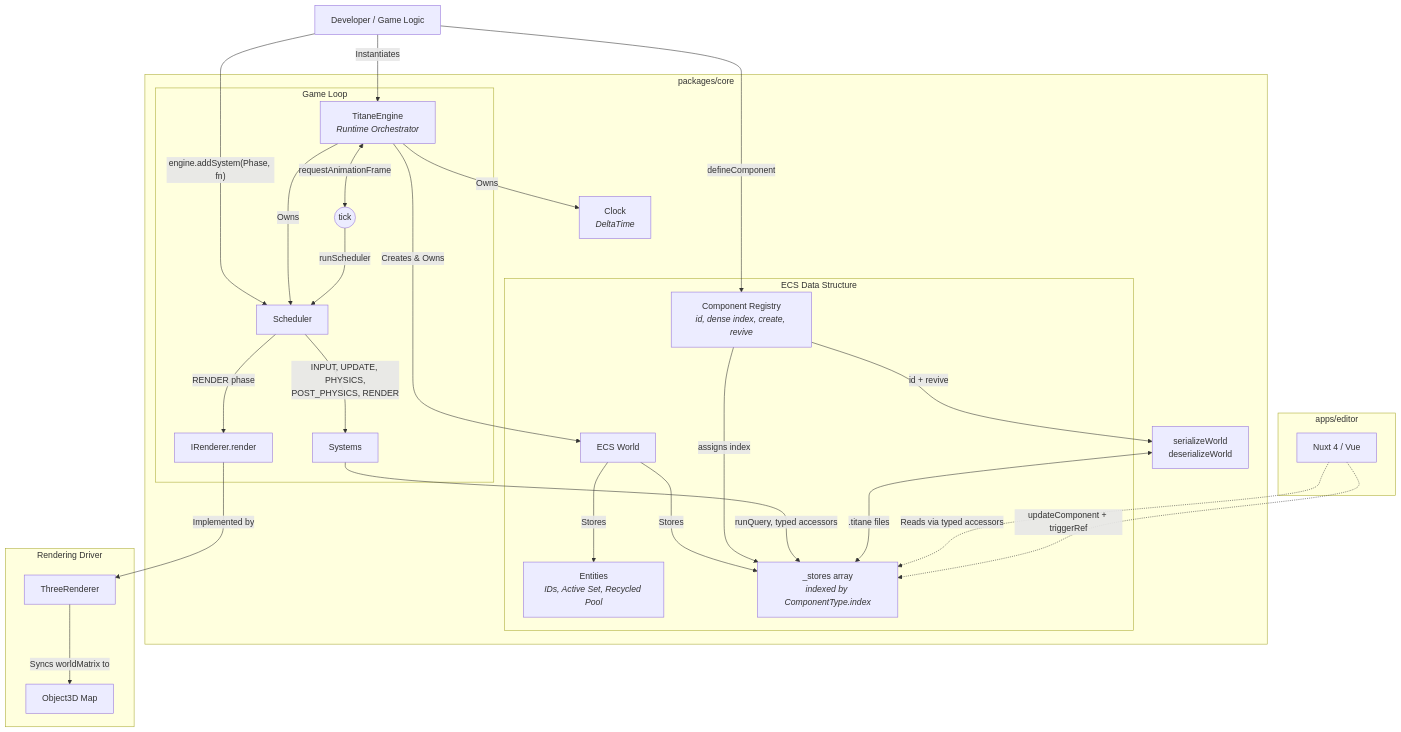
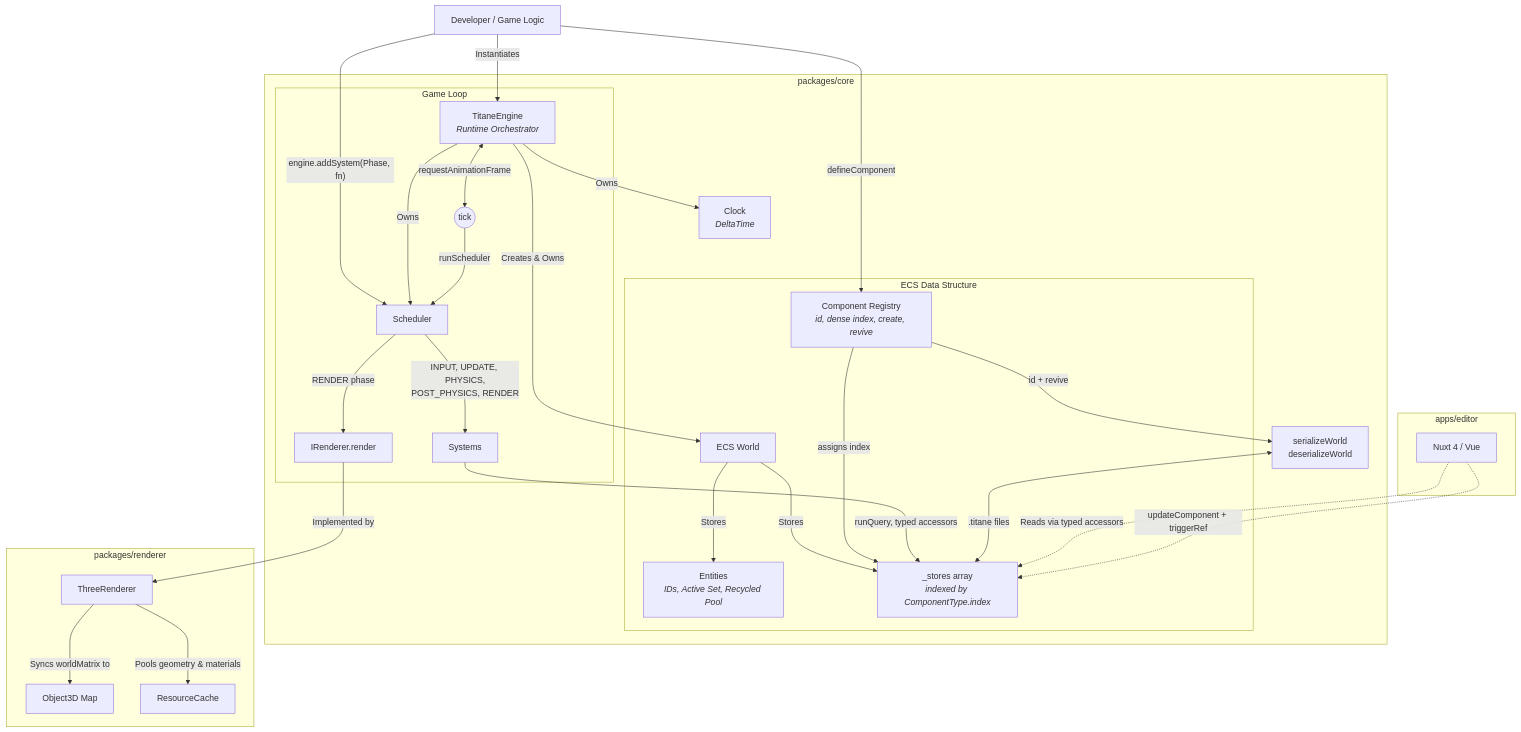
Before and after one commit to paco-play/titane: the diagram in ARCHITECTURE.md, drawn with Mermaid. The commit also changed other lines of this file and 2 other files, not shown here.

First line of the commit message:
docs: record the renderer split and the reachability gap

````diff
--- a/ARCHITECTURE.md
+++ b/ARCHITECTURE.md
@@ -25,39 +26,40 @@
 ```mermaid
 graph TD
     Dev[Developer / Game Logic] -->|Instantiates| Engine[TitaneEngine<br/><i>Runtime Orchestrator</i>]
     Dev -->|defineComponent| Reg[Component Registry<br/><i>id, dense index, create, revive</i>]
     Dev -->|"engine.addSystem(Phase, fn)"| Sched
 
     subgraph core [packages/core]
         Engine -->|Creates & Owns| World[ECS World]
         Engine -->|Owns| Clock[Clock<br/><i>DeltaTime</i>]
         Engine -->|Owns| Sched[Scheduler]
 
         subgraph data [ECS Data Structure]
             World -->|Stores| EntMap[Entities<br/><i>IDs, Active Set, Recycled Pool</i>]
             World -->|Stores| Stores["_stores array<br/><i>indexed by ComponentType.index</i>"]
             Reg -->|assigns index| Stores
         end
 
         subgraph loop [Game Loop]
             Engine <-->|requestAnimationFrame| Tick((tick))
             Tick -->|runScheduler| Sched
             Sched -->|"INPUT, UPDATE, PHYSICS,<br/>POST_PHYSICS, RENDER"| Sys[Systems]
             Sys -->|runQuery, typed accessors| Stores
             Sched -->|RENDER phase| IRend[IRenderer.render]
         end
 
         Reg -->|"id + revive"| Ser[serializeWorld<br/>deserializeWorld]
         Ser <-->|.titane files| Stores
     end
 
-    subgraph render [Rendering Driver]
+    subgraph render [packages/renderer]
         IRend -->|Implemented by| Three[ThreeRenderer]
         Three -->|Syncs worldMatrix to| ObjMap[Object3D Map]
+        Three -->|Pools geometry & materials| Pool[ResourceCache]
     end
 
     subgraph editor [apps/editor]
         Editor[Nuxt 4 / Vue] -.->|Reads via typed accessors| Stores
         Editor -.->|"updateComponent + triggerRef"| Stores
     end
 ```
````
